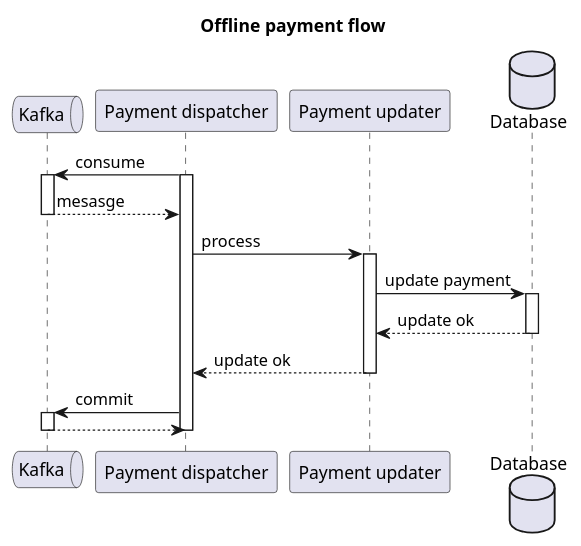
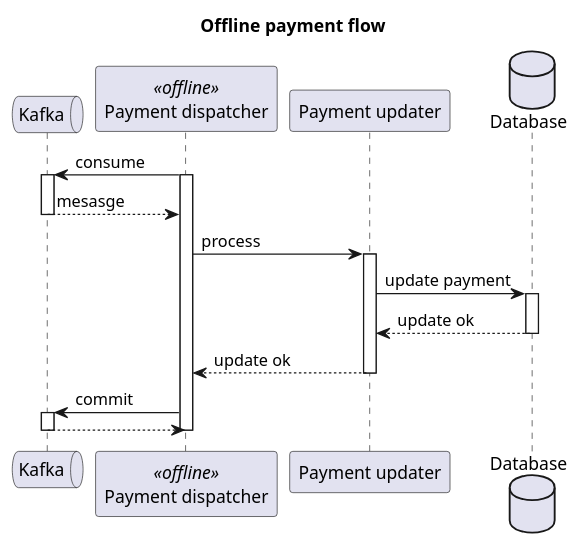
One commit to txor/acme-payment-system changed the diagram in diagrams/offline_secuence.puml. Above: the diagram before and after it, drawn with PlantUML. The commit also changed 15 other files, not shown here.

Commit message:
Finished README, diagrams, added script tools, added commented debug configuration on docker-compose and added banners.

```diff
--- a/diagrams/offline_secuence.puml
+++ b/diagrams/offline_secuence.puml
@@ -1,29 +1,29 @@
 @startuml
 
 Title Offline payment flow
 
 queue "Kafka" as K
-participant "Payment dispatcher" as PD
+participant "Payment dispatcher" as PD <<offline>>
 participant "Payment updater" as PU
 database "Database" as DB
 
 PD -> K: consume
 activate PD
 activate K
 K --> PD: mesasge
 deactivate K
 PD -> PU: process
 activate PU
 PU -> DB: update payment
 activate DB
 DB --> PU: update ok
 deactivate DB
 PU --> PD: update ok
 deactivate PU
 PD -> K: commit
 activate K
 K --> PD
 deactivate K
 deactivate PD
 
 @enduml
```
